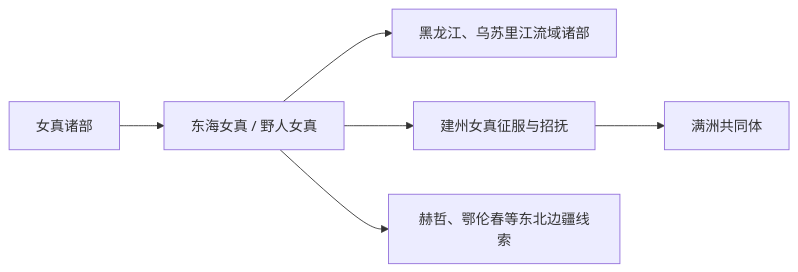
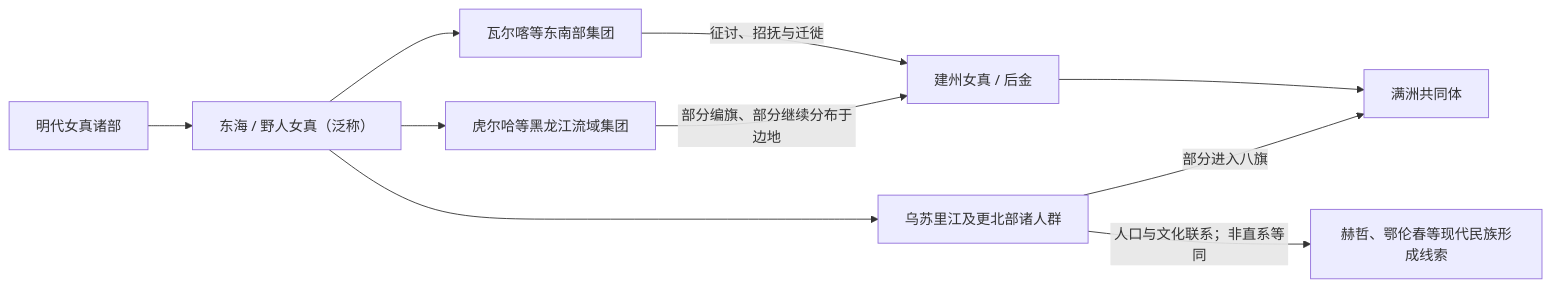
Before and after one commit to tianlan-dev/learning-notes: the diagram in 人文科学/历史/东亚/中国/_民族/通古斯语族与肃慎/女真诸部/东海女真.md, drawn with Mermaid. The commit also changed other lines of this file and 180 other files, not shown here.

````diff
--- a/人文科学/历史/东亚/中国/_民族/通古斯语族与肃慎/女真诸部/东海女真.md
+++ b/人文科学/历史/东亚/中国/_民族/通古斯语族与肃慎/女真诸部/东海女真.md
@@ -28,8 +21,12 @@
 ```mermaid
 flowchart LR
-  Jurchen["女真诸部"] --> Donghai["东海女真 / 野人女真"]
-  Donghai --> Heilongjiang["黑龙江、乌苏里江流域诸部"]
-  Donghai --> Jianzhou["建州女真征服与招抚"]
-  Jianzhou --> Manzhou["满洲共同体"]
-  Donghai --> Hezhe["赫哲、鄂伦春等东北边疆线索"]
+  Jurchen["明代女真诸部"] --> Donghai["东海 / 野人女真（泛称）"]
+  Donghai --> Warka["瓦尔喀等东南部集团"]
+  Donghai --> Hurha["虎尔哈等黑龙江流域集团"]
+  Donghai --> Northern["乌苏里江及更北部诸人群"]
+  Warka -->|"征讨、招抚与迁徙"| LaterJin["建州女真 / 后金"]
+  Hurha -->|"部分编旗、部分继续分布于边地"| LaterJin
+  Northern -->|"部分进入八旗"| Manzhou["满洲共同体"]
+  Northern -->|"人口与文化联系；非直系等同"| OtherPeoples["赫哲、鄂伦春等现代民族形成线索"]
+  LaterJin --> Manzhou
 ```
````
